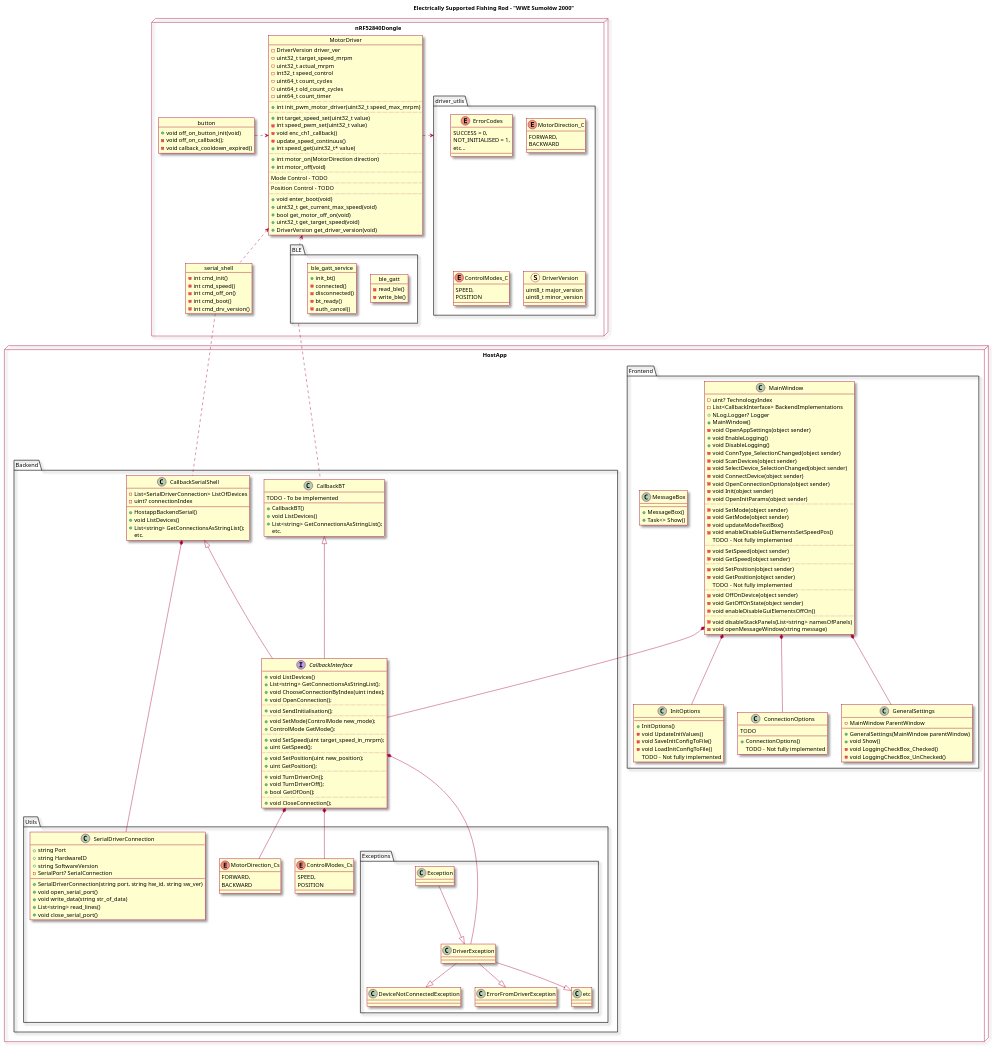
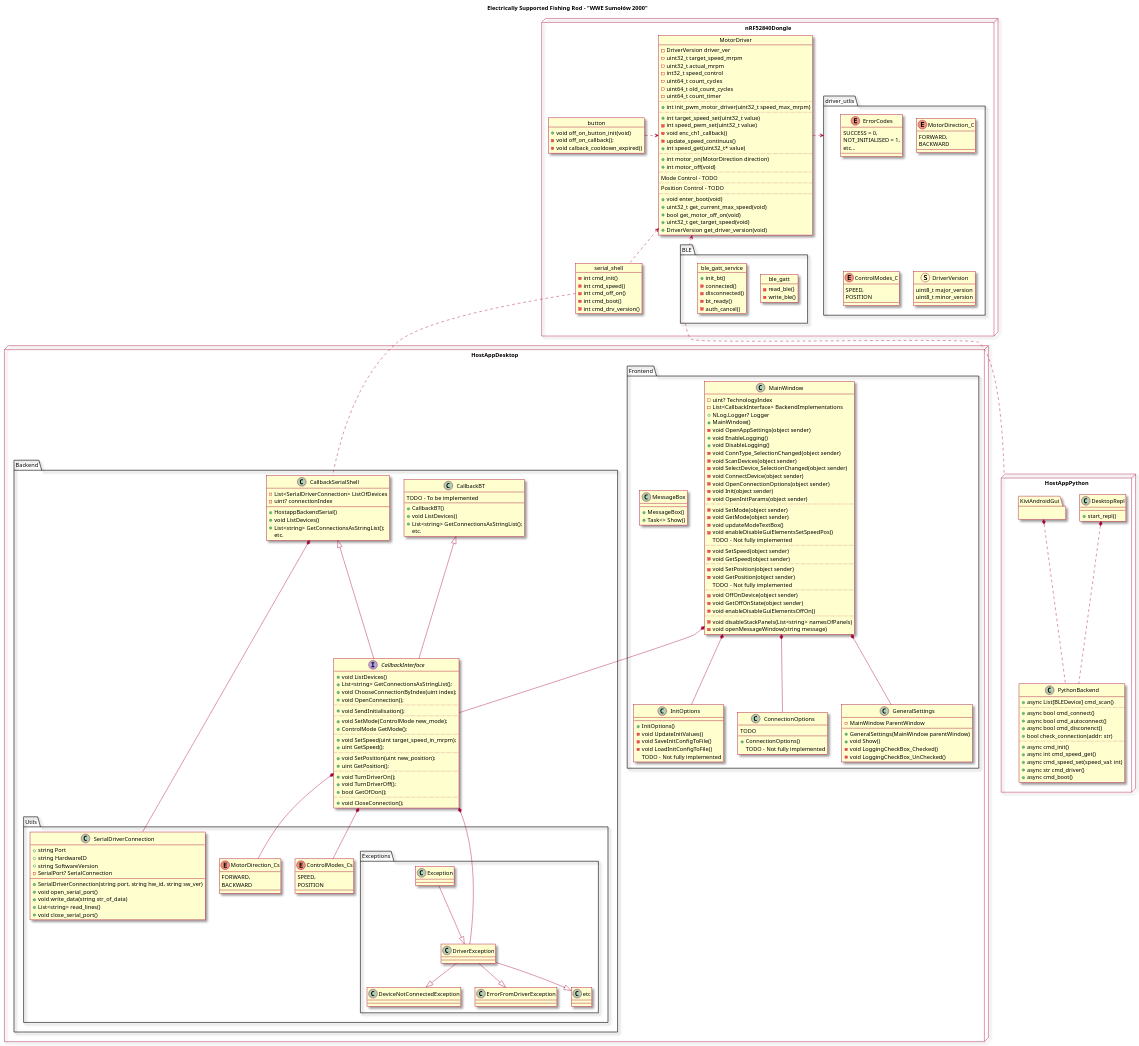
One commit to KN-Integra/Electrically-supported-fishing-rod changed the diagram in UML_Diagram/SystemDiagram.wsd. Above: the diagram before and after it, drawn with PlantUML.

Commit message:
added PythonBackend UML

```diff
--- a/UML_Diagram/SystemDiagram.wsd
+++ b/UML_Diagram/SystemDiagram.wsd
@@ -4,7 +4,7 @@
 
 title Electrically Supported Fishing Rod - "WWE Sumołów 2000"
 
-node HostApp{
+node HostAppDesktop {
   package Frontend{
     class MainWindow {
       - uint? TechnologyIndex
@@ -174,6 +174,34 @@
 MainWindow  *--  InitOptions
 MainWindow  *--  ConnectionOptions
 
+node HostAppPython{
+  package KiviAndroidGui{
+
+  }
+
+  class DesktopRepl{
+    + start_repl()
+  }
+
+  class PythonBackend{
+    + async List[BLEDevice] cmd_scan()
+    ..
+    + async bool cmd_connect()
+    + async bool cmd_autoconnect()
+    + async bool cmd_disconenct()
+    + bool check_connection(addr: str)
+    ..
+    + async cmd_init()
+    + async int cmd_speed_get()
+    + async cmd_speed_set(speed_val: int)
+    + async str cmd_driver()
+    + async cmd_boot()
+  }
+
+  KiviAndroidGui *.down. PythonBackend
+  DesktopRepl *.down. PythonBackend
+}
+
 node nRF52840Dongle{
   object MotorDriver {
     - DriverVersion driver_ver
@@ -259,8 +287,11 @@
   }
 }
 
+
+
 serial_shell .down. CallbackSerialShell
-BLE .down. CallbackBT
+
+BLE .down. HostAppPython
 
 MotorDriver <.down. serial_shell
 MotorDriver <.down. BLE
```
